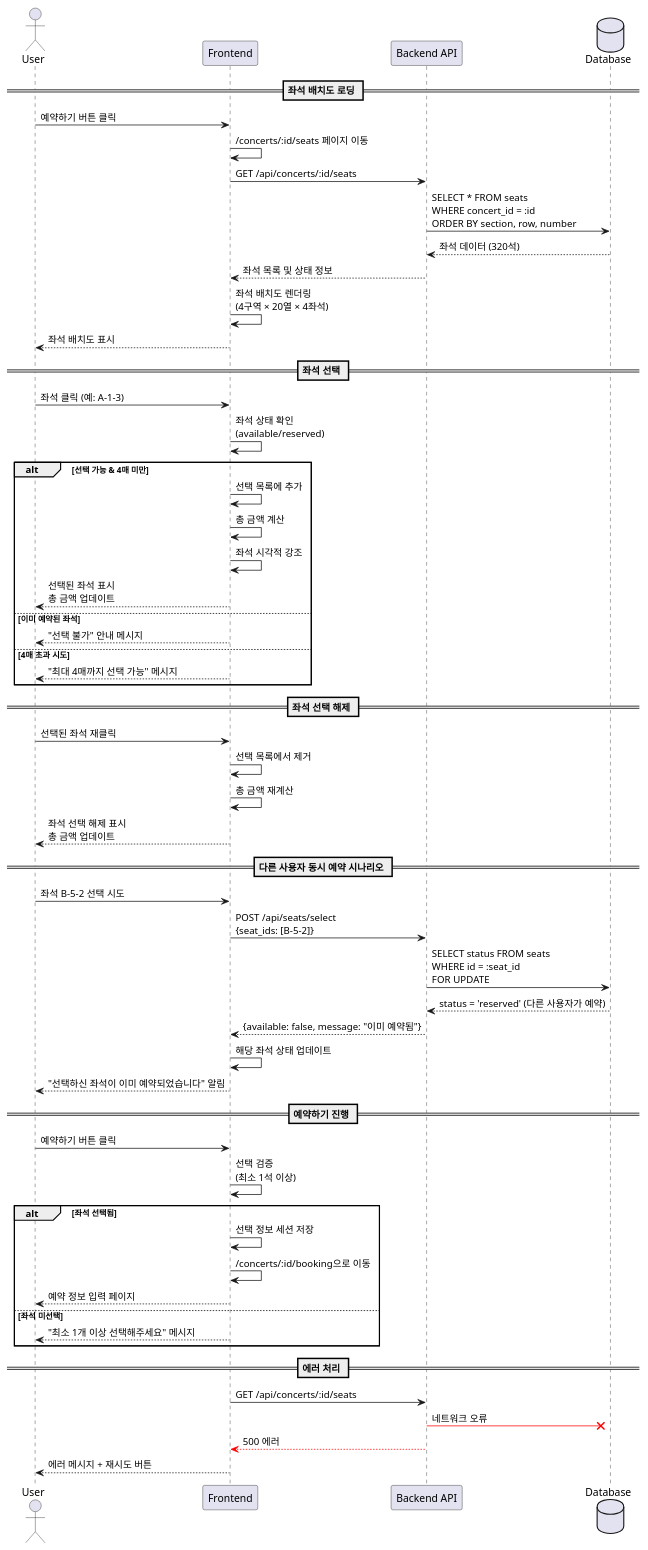
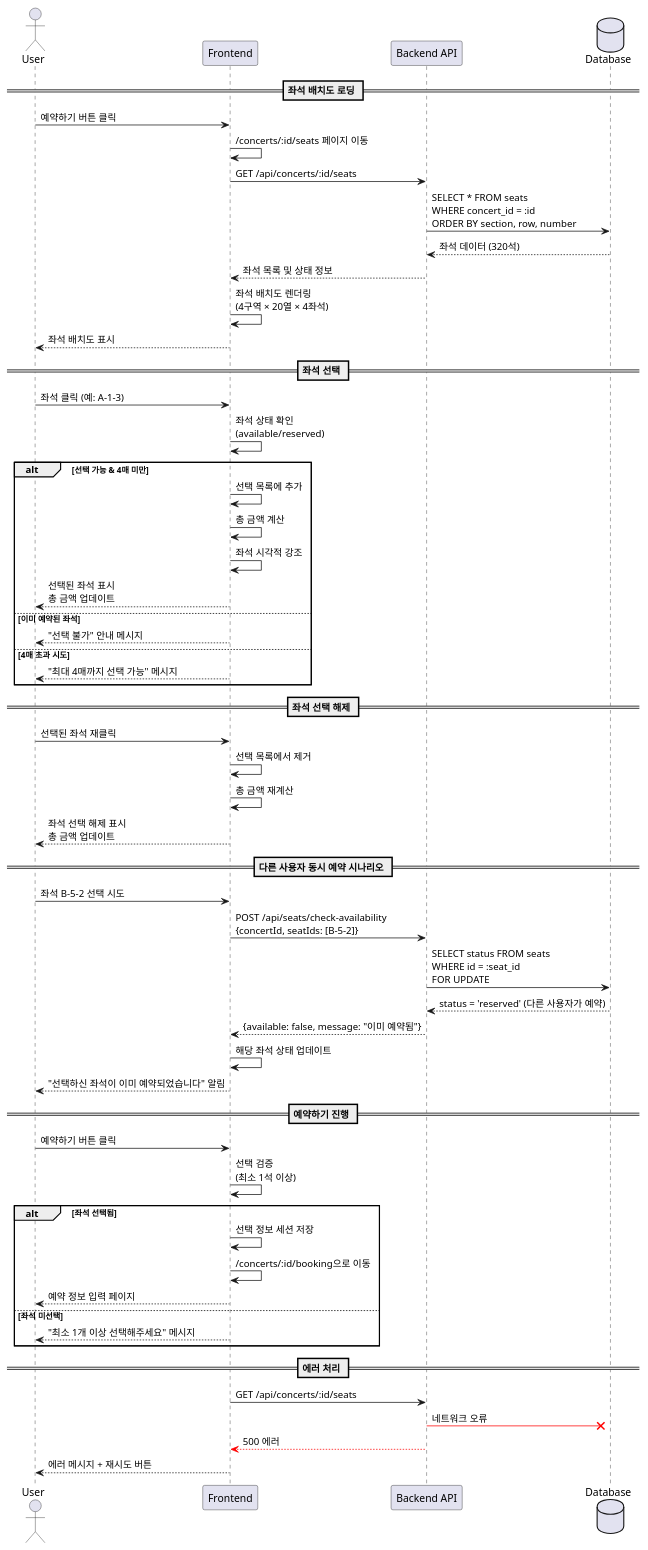
One commit to Cooledricesh/BigConcert changed the diagram in docs/003/spec.md. Above: the diagram before and after it, drawn with PlantUML. The commit also changed other lines of this file and 8 other files, not shown here.

````diff
--- a/docs/003/spec.md
+++ b/docs/003/spec.md
@@ -228,65 +249,65 @@
 ```plantuml
 @startuml
 actor User
 participant FE as "Frontend"
 participant BE as "Backend API"
 database DB as "Database"
 
 == 좌석 배치도 로딩 ==
 User -> FE: 예약하기 버튼 클릭
 FE -> FE: /concerts/:id/seats 페이지 이동
 FE -> BE: GET /api/concerts/:id/seats
 BE -> DB: SELECT * FROM seats\nWHERE concert_id = :id\nORDER BY section, row, number
 DB --> BE: 좌석 데이터 (320석)
 BE --> FE: 좌석 목록 및 상태 정보
 FE -> FE: 좌석 배치도 렌더링\n(4구역 × 20열 × 4좌석)
 FE --> User: 좌석 배치도 표시
 
 == 좌석 선택 ==
 User -> FE: 좌석 클릭 (예: A-1-3)
 FE -> FE: 좌석 상태 확인\n(available/reserved)
 alt 선택 가능 & 4매 미만
     FE -> FE: 선택 목록에 추가
     FE -> FE: 총 금액 계산
     FE -> FE: 좌석 시각적 강조
     FE --> User: 선택된 좌석 표시\n총 금액 업데이트
 else 이미 예약된 좌석
     FE --> User: "선택 불가" 안내 메시지
 else 4매 초과 시도
     FE --> User: "최대 4매까지 선택 가능" 메시지
 end
 
 == 좌석 선택 해제 ==
 User -> FE: 선택된 좌석 재클릭
 FE -> FE: 선택 목록에서 제거
 FE -> FE: 총 금액 재계산
 FE --> User: 좌석 선택 해제 표시\n총 금액 업데이트
 
 == 다른 사용자 동시 예약 시나리오 ==
 User -> FE: 좌석 B-5-2 선택 시도
-FE -> BE: POST /api/seats/select\n{seat_ids: [B-5-2]}
+FE -> BE: POST /api/seats/check-availability\n{concertId, seatIds: [B-5-2]}
 BE -> DB: SELECT status FROM seats\nWHERE id = :seat_id\nFOR UPDATE
 DB --> BE: status = 'reserved' (다른 사용자가 예약)
 BE --> FE: {available: false, message: "이미 예약됨"}
 FE -> FE: 해당 좌석 상태 업데이트
 FE --> User: "선택하신 좌석이 이미 예약되었습니다" 알림
 
 == 예약하기 진행 ==
 User -> FE: 예약하기 버튼 클릭
 FE -> FE: 선택 검증\n(최소 1석 이상)
 alt 좌석 선택됨
     FE -> FE: 선택 정보 세션 저장
     FE -> FE: /concerts/:id/booking으로 이동
     FE --> User: 예약 정보 입력 페이지
 else 좌석 미선택
     FE --> User: "최소 1개 이상 선택해주세요" 메시지
 end
 
 == 에러 처리 ==
 FE -> BE: GET /api/concerts/:id/seats
 BE -[#red]x DB: 네트워크 오류
 BE -[#red]-> FE: 500 에러
 FE --> User: 에러 메시지 + 재시도 버튼
 
 @enduml
 ```
````
